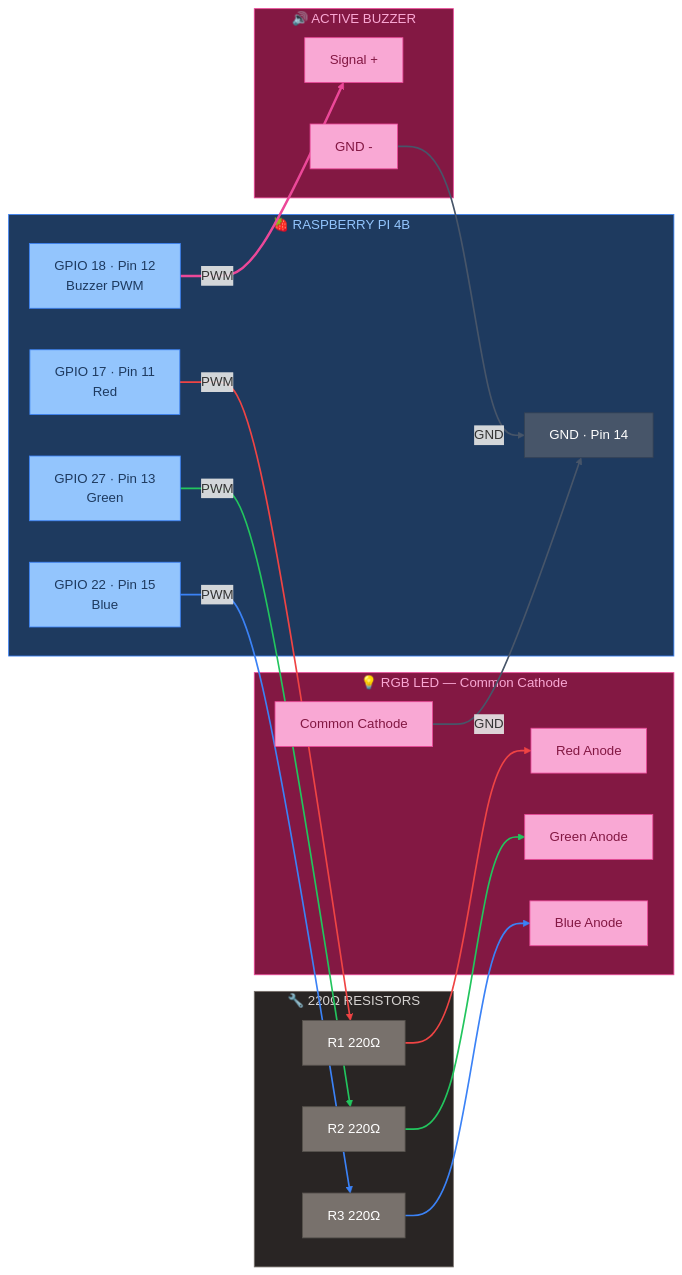
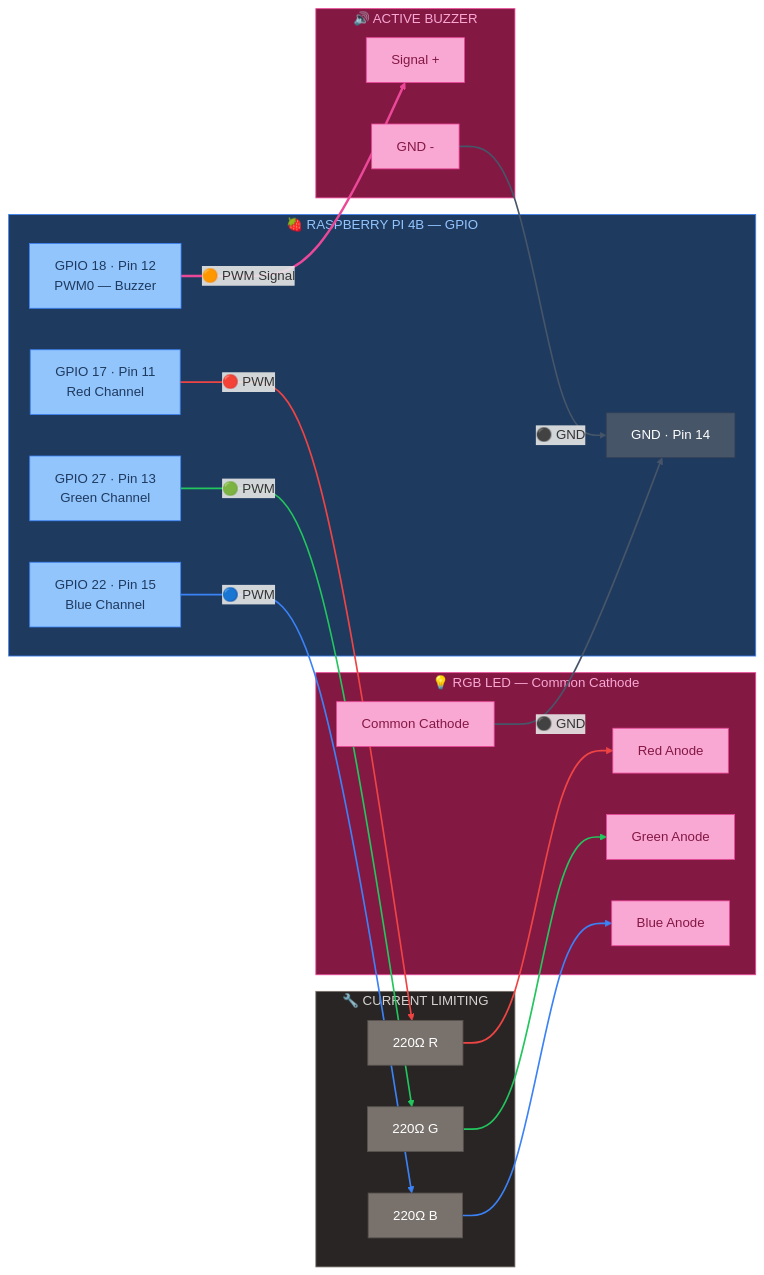
One commit to Major-Project-001/VIGIL-RQ changed the sixth of 9 diagrams in control/docs/wiring_diagram.md. Above: the diagram before and after it, drawn with Mermaid. The commit also changed other lines of this file, not shown here.

Commit message:
docs: Final wiring diagram — full detail + color-coded linkStyle on every line

````diff
--- a/control/docs/wiring_diagram.md
+++ b/control/docs/wiring_diagram.md
@@ -457,58 +541,58 @@
 ```mermaid
 graph LR
     classDef rpiPin fill:#93c5fd,stroke:#3b82f6,color:#1e3a5f
     classDef alertPin fill:#f9a8d4,stroke:#ec4899,color:#831843
     classDef gnd fill:#475569,stroke:#334155,color:#fff
-    classDef res fill:#78716c,stroke:#57534e,color:#fff
+    classDef resistor fill:#78716c,stroke:#57534e,color:#fff
 
-    subgraph RPI_GPIO["🍓 RASPBERRY PI 4B"]
-        G18["GPIO 18 · Pin 12<br/>Buzzer PWM"]:::rpiPin
-        G17["GPIO 17 · Pin 11<br/>Red"]:::rpiPin
-        G27["GPIO 27 · Pin 13<br/>Green"]:::rpiPin
-        G22["GPIO 22 · Pin 15<br/>Blue"]:::rpiPin
-        GG["GND · Pin 14"]:::gnd
+    subgraph RPI_GPIO["🍓 RASPBERRY PI 4B — GPIO"]
+        RPI_GP18["GPIO 18 · Pin 12<br/>PWM0 — Buzzer"]:::rpiPin
+        RPI_GP17["GPIO 17 · Pin 11<br/>Red Channel"]:::rpiPin
+        RPI_GP27["GPIO 27 · Pin 13<br/>Green Channel"]:::rpiPin
+        RPI_GP22["GPIO 22 · Pin 15<br/>Blue Channel"]:::rpiPin
+        RPI_GNDG["GND · Pin 14"]:::gnd
     end
 
-    subgraph RESISTORS["🔧 220Ω RESISTORS"]
-        R1["R1 220Ω"]:::res
-        R2["R2 220Ω"]:::res
-        R3["R3 220Ω"]:::res
+    subgraph RESISTORS["🔧 CURRENT LIMITING"]
+        R1["220Ω R"]:::resistor
+        R2["220Ω G"]:::resistor
+        R3["220Ω B"]:::resistor
     end
 
-    subgraph BUZZER_B["🔊 ACTIVE BUZZER"]
-        BUZ_P["Signal +"]:::alertPin
-        BUZ_N["GND -"]:::alertPin
+    subgraph BUZZER_BLOCK["🔊 ACTIVE BUZZER"]
+        BUZ_SIG["Signal +"]:::alertPin
+        BUZ_GND["GND -"]:::alertPin
     end
 
-    subgraph RGB_B["💡 RGB LED — Common Cathode"]
+    subgraph RGB_BLOCK["💡 RGB LED — Common Cathode"]
         RGB_R["Red Anode"]:::alertPin
         RGB_G["Green Anode"]:::alertPin
-        RGB_BL["Blue Anode"]:::alertPin
-        RGB_K["Common Cathode"]:::alertPin
+        RGB_B["Blue Anode"]:::alertPin
+        RGB_GND["Common Cathode"]:::alertPin
     end
 
-    G18 -->|"PWM"| BUZ_P
-    BUZ_N -->|"GND"| GG
-    G17 -->|"PWM"| R1
-    R1 --> RGB_R
-    G27 -->|"PWM"| R2
-    R2 --> RGB_G
-    G22 -->|"PWM"| R3
-    R3 --> RGB_BL
-    RGB_K -->|"GND"| GG
+    %% Buzzer (links 0-1)
+    RPI_GP18 ==>|"🟠 PWM Signal"| BUZ_SIG
+    BUZ_GND -->|"⚫ GND"| RPI_GNDG
+
+    %% RGB LED via resistors (links 2-8)
+    RPI_GP17 -->|"🔴 PWM"| R1
+    R1 -->|" "| RGB_R
+    RPI_GP27 -->|"🟢 PWM"| R2
+    R2 -->|" "| RGB_G
+    RPI_GP22 -->|"🔵 PWM"| R3
+    R3 -->|" "| RGB_B
+    RGB_GND -->|"⚫ GND"| RPI_GNDG
 
     linkStyle 0 stroke:#ec4899,stroke-width:3px
     linkStyle 1 stroke:#475569,stroke-width:2px
-    linkStyle 2 stroke:#ef4444,stroke-width:2px
-    linkStyle 3 stroke:#ef4444,stroke-width:2px
-    linkStyle 4 stroke:#22c55e,stroke-width:2px
-    linkStyle 5 stroke:#22c55e,stroke-width:2px
-    linkStyle 6 stroke:#3b82f6,stroke-width:2px
-    linkStyle 7 stroke:#3b82f6,stroke-width:2px
+    linkStyle 2,3 stroke:#ef4444,stroke-width:2px
+    linkStyle 4,5 stroke:#22c55e,stroke-width:2px
+    linkStyle 6,7 stroke:#3b82f6,stroke-width:2px
     linkStyle 8 stroke:#475569,stroke-width:2px
 
     style RPI_GPIO fill:#1e3a5f,stroke:#3b82f6,color:#93c5fd
-    style BUZZER_B fill:#831843,stroke:#ec4899,color:#f9a8d4
-    style RGB_B fill:#831843,stroke:#ec4899,color:#f9a8d4
+    style BUZZER_BLOCK fill:#831843,stroke:#ec4899,color:#f9a8d4
+    style RGB_BLOCK fill:#831843,stroke:#ec4899,color:#f9a8d4
     style RESISTORS fill:#292524,stroke:#78716c,color:#d6d3d1
 ```
````
